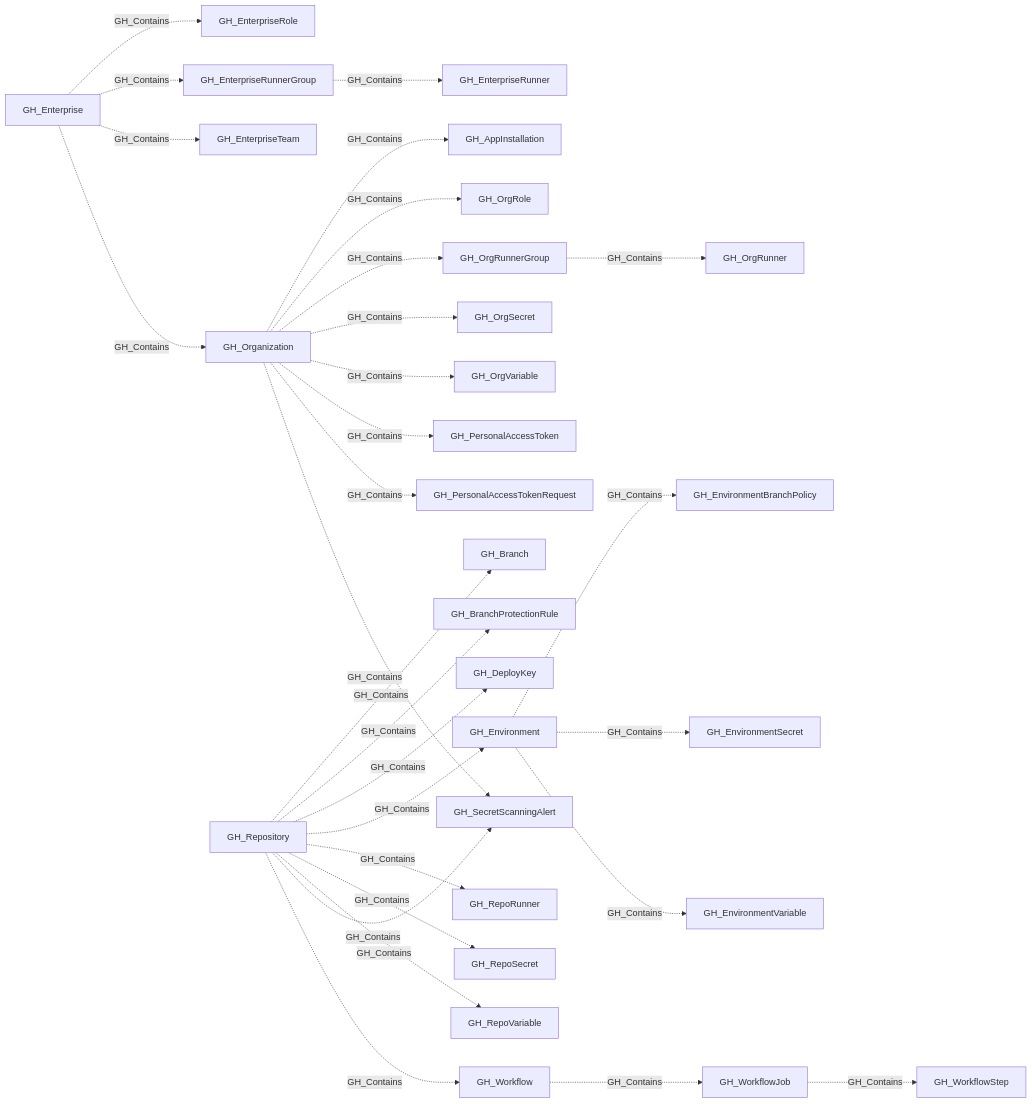
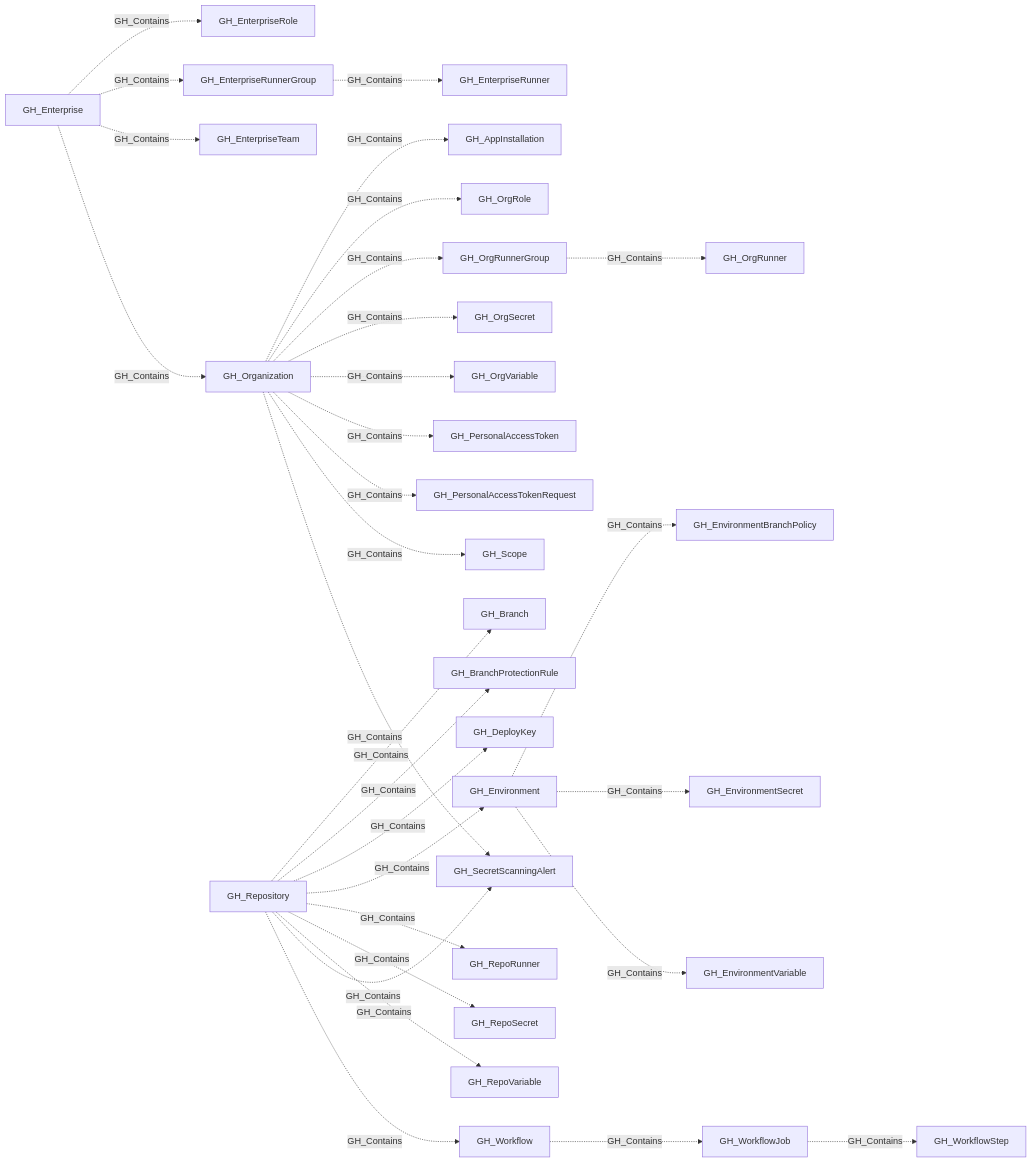
Before and after one commit to SpecterOps/openhound-github: the diagram in descriptions/edges/GH_Contains.md, drawn with Mermaid. The commit also changed other lines of this file and 44 other files, not shown here.

Commit message:
BED-9900 consolidate repository scope edges

````diff
--- a/descriptions/edges/GH_Contains.md
+++ b/descriptions/edges/GH_Contains.md
@@ -42,60 +43,62 @@
 ```mermaid
 graph LR
     n0["GH_Enterprise"]
     n1["GH_EnterpriseRole"]
     n2["GH_EnterpriseRunnerGroup"]
     n3["GH_EnterpriseTeam"]
     n4["GH_Organization"]
     n5["GH_EnterpriseRunner"]
     n6["GH_Environment"]
     n7["GH_EnvironmentBranchPolicy"]
     n8["GH_EnvironmentSecret"]
     n9["GH_EnvironmentVariable"]
     n10["GH_OrgRunnerGroup"]
     n11["GH_OrgRunner"]
     n12["GH_AppInstallation"]
     n13["GH_OrgRole"]
     n14["GH_OrgSecret"]
     n15["GH_OrgVariable"]
     n16["GH_PersonalAccessToken"]
     n17["GH_PersonalAccessTokenRequest"]
-    n18["GH_SecretScanningAlert"]
-    n19["GH_Repository"]
-    n20["GH_Branch"]
-    n21["GH_BranchProtectionRule"]
-    n22["GH_DeployKey"]
-    n23["GH_RepoRunner"]
-    n24["GH_RepoSecret"]
-    n25["GH_RepoVariable"]
-    n26["GH_Workflow"]
-    n27["GH_WorkflowJob"]
-    n28["GH_WorkflowStep"]
+    n18["GH_Scope"]
+    n19["GH_SecretScanningAlert"]
+    n20["GH_Repository"]
+    n21["GH_Branch"]
+    n22["GH_BranchProtectionRule"]
+    n23["GH_DeployKey"]
+    n24["GH_RepoRunner"]
+    n25["GH_RepoSecret"]
+    n26["GH_RepoVariable"]
+    n27["GH_Workflow"]
+    n28["GH_WorkflowJob"]
+    n29["GH_WorkflowStep"]
     n0 -.->|GH_Contains| n1
     n0 -.->|GH_Contains| n2
     n0 -.->|GH_Contains| n3
     n0 -.->|GH_Contains| n4
     n2 -.->|GH_Contains| n5
     n6 -.->|GH_Contains| n7
     n6 -.->|GH_Contains| n8
     n6 -.->|GH_Contains| n9
     n10 -.->|GH_Contains| n11
     n4 -.->|GH_Contains| n12
     n4 -.->|GH_Contains| n13
     n4 -.->|GH_Contains| n10
     n4 -.->|GH_Contains| n14
     n4 -.->|GH_Contains| n15
     n4 -.->|GH_Contains| n16
     n4 -.->|GH_Contains| n17
     n4 -.->|GH_Contains| n18
-    n19 -.->|GH_Contains| n20
-    n19 -.->|GH_Contains| n21
-    n19 -.->|GH_Contains| n22
-    n19 -.->|GH_Contains| n6
-    n19 -.->|GH_Contains| n23
-    n19 -.->|GH_Contains| n24
-    n19 -.->|GH_Contains| n25
-    n19 -.->|GH_Contains| n18
-    n19 -.->|GH_Contains| n26
-    n26 -.->|GH_Contains| n27
+    n4 -.->|GH_Contains| n19
+    n20 -.->|GH_Contains| n21
+    n20 -.->|GH_Contains| n22
+    n20 -.->|GH_Contains| n23
+    n20 -.->|GH_Contains| n6
+    n20 -.->|GH_Contains| n24
+    n20 -.->|GH_Contains| n25
+    n20 -.->|GH_Contains| n26
+    n20 -.->|GH_Contains| n19
+    n20 -.->|GH_Contains| n27
     n27 -.->|GH_Contains| n28
+    n28 -.->|GH_Contains| n29
 ```
````
